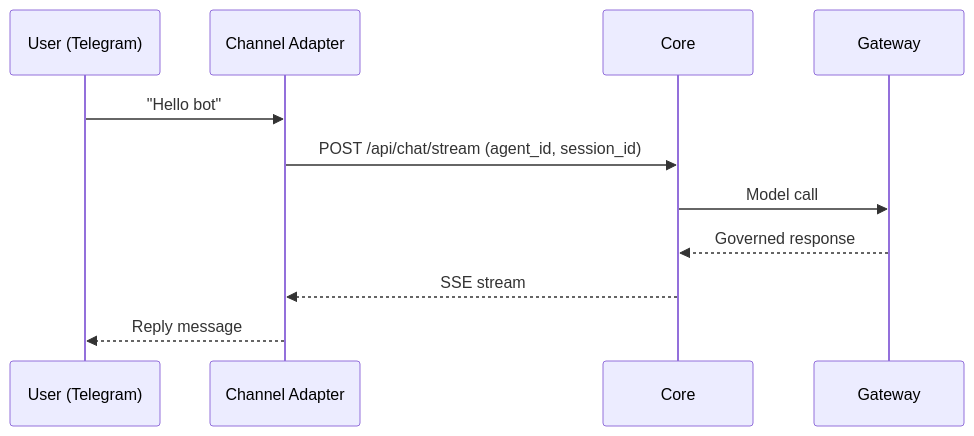
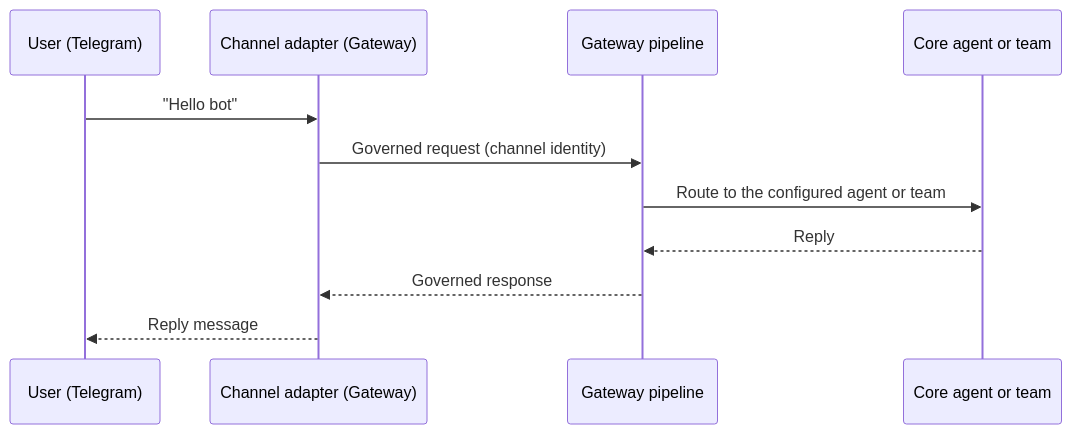
Before and after one commit to amajorai/ryu-docs: the diagram in content/docs/extend/integrate/channel-integration.mdx, drawn with Mermaid. The commit also changed other lines of this file and 2538 other files, not shown here.

````diff
--- a/content/docs/extend/integrate/channel-integration.mdx
+++ b/content/docs/extend/integrate/channel-integration.mdx
@@ -24,14 +38,14 @@
 ```mermaid
 sequenceDiagram
   participant U as User (Telegram)
-  participant CH as Channel Adapter
-  participant K as Core
-  participant G as Gateway
+  participant CH as Channel adapter (Gateway)
+  participant G as Gateway pipeline
+  participant K as Core agent or team
 
   U->>CH: "Hello bot"
-  CH->>K: POST /api/chat/stream (agent_id, session_id)
-  K->>G: Model call
-  G-->>K: Governed response
-  K-->>CH: SSE stream
+  CH->>G: Governed request (channel identity)
+  G->>K: Route to the configured agent or team
+  K-->>G: Reply
+  G-->>CH: Governed response
   CH-->>U: Reply message
 ```
````
